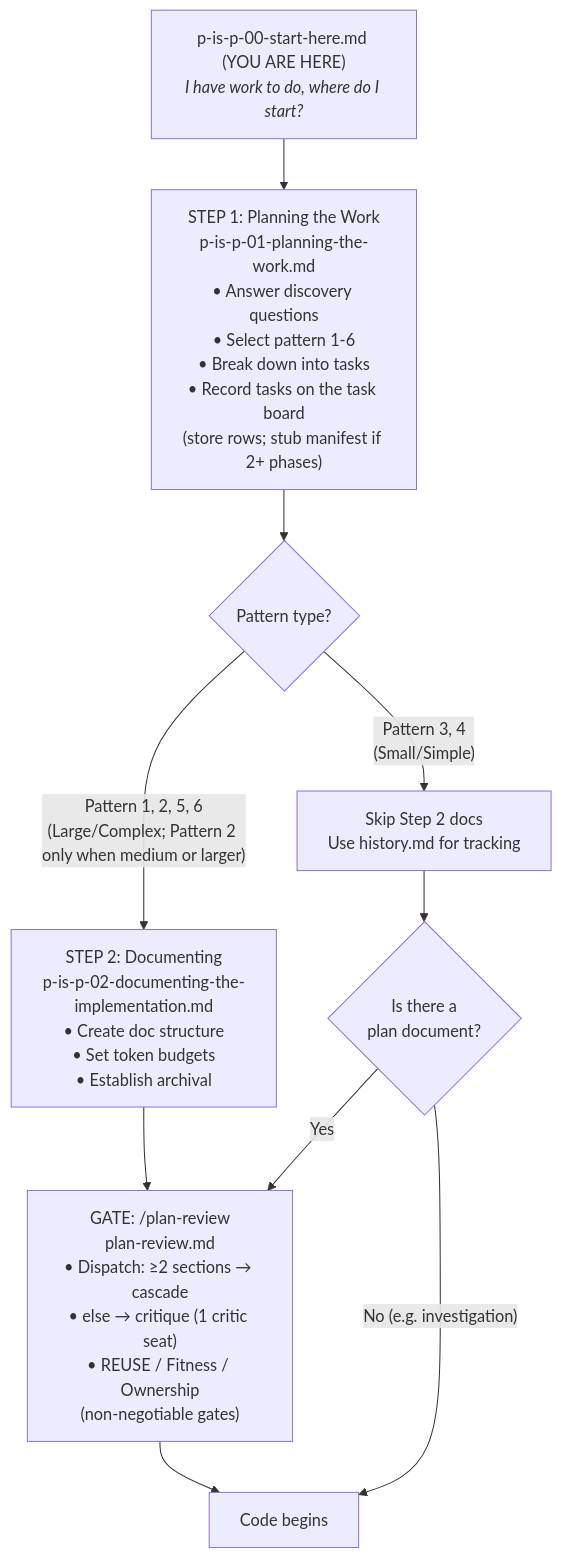
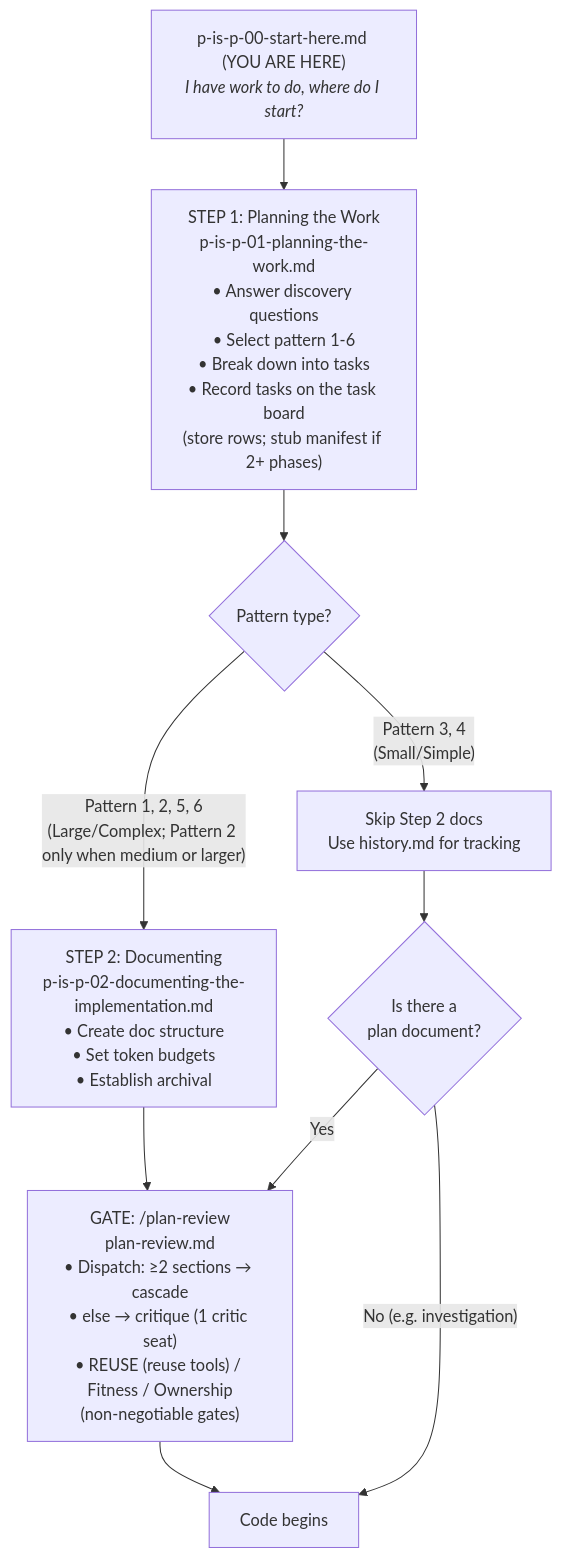
The diagram in workflow/p-is-p-00-start-here.md (deepily/planning-is-prompting), drawn with Mermaid before and after one commit. The commit also changed 17 other files, not shown here.

````diff
--- a/workflow/p-is-p-00-start-here.md
+++ b/workflow/p-is-p-00-start-here.md
@@ -260,15 +260,15 @@
 ```mermaid
 flowchart TD
     Start["p-is-p-00-start-here.md (YOU ARE HERE)<br><i>I have work to do, where do I start?</i>"]
     Step1["STEP 1: Planning the Work<br>p-is-p-01-planning-the-work.md<br>• Answer discovery questions<br>• Select pattern 1-6<br>• Break down into tasks<br>• Record tasks on the task board<br>(store rows; stub manifest if 2+ phases)"]
     Start --> Step1
     Step1 --> Branch{Pattern type?}
     Branch -->|"Pattern 1, 2, 5, 6<br>(Large/Complex; Pattern 2 only when medium or larger)"| Step2["STEP 2: Documenting<br>p-is-p-02-documenting-the-implementation.md<br>• Create doc structure<br>• Set token budgets<br>• Establish archival"]
     Branch -->|"Pattern 3, 4<br>(Small/Simple)"| Skip["Skip Step 2 docs<br>Use history.md for tracking"]
-    Review["GATE: /plan-review<br>plan-review.md<br>• Dispatch: ≥2 sections → cascade<br>• else → critique (1 critic seat)<br>• REUSE / Fitness / Ownership<br>(non-negotiable gates)"]
+    Review["GATE: /plan-review<br>plan-review.md<br>• Dispatch: ≥2 sections → cascade<br>• else → critique (1 critic seat)<br>• REUSE (reuse tools) / Fitness / Ownership<br>(non-negotiable gates)"]
     Step2 --> Review
     Skip --> HasDoc{Is there a<br>plan document?}
     HasDoc -->|Yes| Review
     HasDoc -->|"No (e.g. investigation)"| Code
     Review --> Code["Code begins"]
 ```
````
